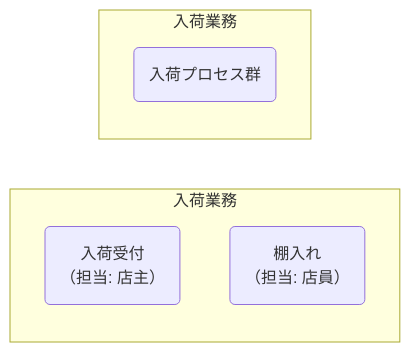
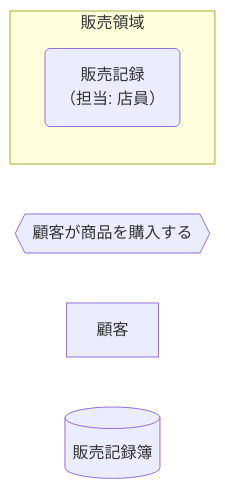
The first of 2 diagrams in docs/ja/specdojo/rulebooks/cdfd-mermaid-rulebook.md (specdojo/specdojo), drawn with Mermaid before and after one commit. The commit also changed other lines of this file and 6 other files, not shown here.

Commit message:
exec(T-DATA-FLOW-cdfd-overview-005): apply task changes

````diff
--- a/docs/ja/specdojo/rulebooks/cdfd-mermaid-rulebook.md
+++ b/docs/ja/specdojo/rulebooks/cdfd-mermaid-rulebook.md
@@ -86,11 +86,9 @@
 ```mermaid
 flowchart LR
-  subgraph 入荷業務
-    入荷受付("入荷受付<br>（担当: 店主）")
-    棚入れ("棚入れ<br>（担当: 店員）")
+  subgraph 販売領域["販売領域"]
+    販売記録("販売記録<br>（担当: 店員）")
   end
-
-  subgraph 入荷業務概要["入荷業務"]
-    入荷業務プロセス群("入荷プロセス群")
-  end
+  購入要求{{"顧客が商品を購入する"}}
+  顧客["顧客"]
+  販売記録簿[("販売記録簿")]
 ```
````
